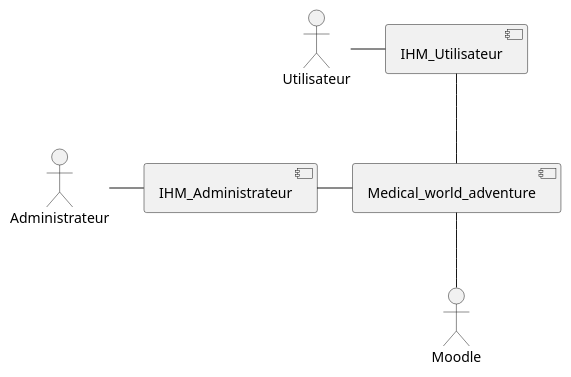
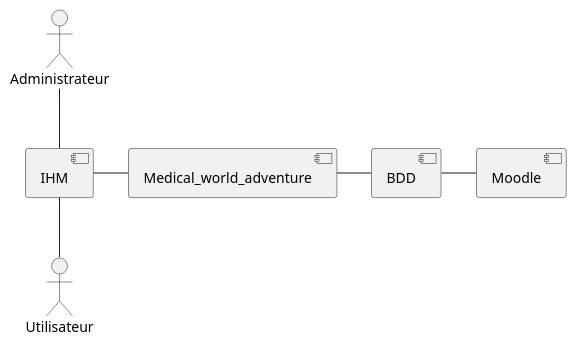
Before and after one commit to Serious-game-textuel/doc: the second of 3 diagrams in diagrammes.md, drawn with PlantUML. The commit also changed other lines of this file and 9 other files, not shown here.

````diff
--- a/diagrammes.md
+++ b/diagrammes.md
@@ -27,21 +23,18 @@
 ```plantuml
 @startuml Logical-View
 actor Utilisateur as util
 actor Administrateur as admin
-actor Moodle as Moodle
 
-Component IHM_Administrateur
-Component IHM_Utilisateur
+Component IHM
 Component Medical_world_adventure as Mwa
+Component BDD
+Component Moodle
 
-
-util -right- IHM_Utilisateur
-admin -right- IHM_Administrateur
-Mwa -up- IHM_Utilisateur
-Mwa -left- IHM_Administrateur
-
-
-Mwa -down- Moodle
+util -up- IHM
+admin -down- IHM
+Mwa -right- BDD
+IHM -right- Mwa
+BDD -right- Moodle
 
 @enduml
 ```
````
